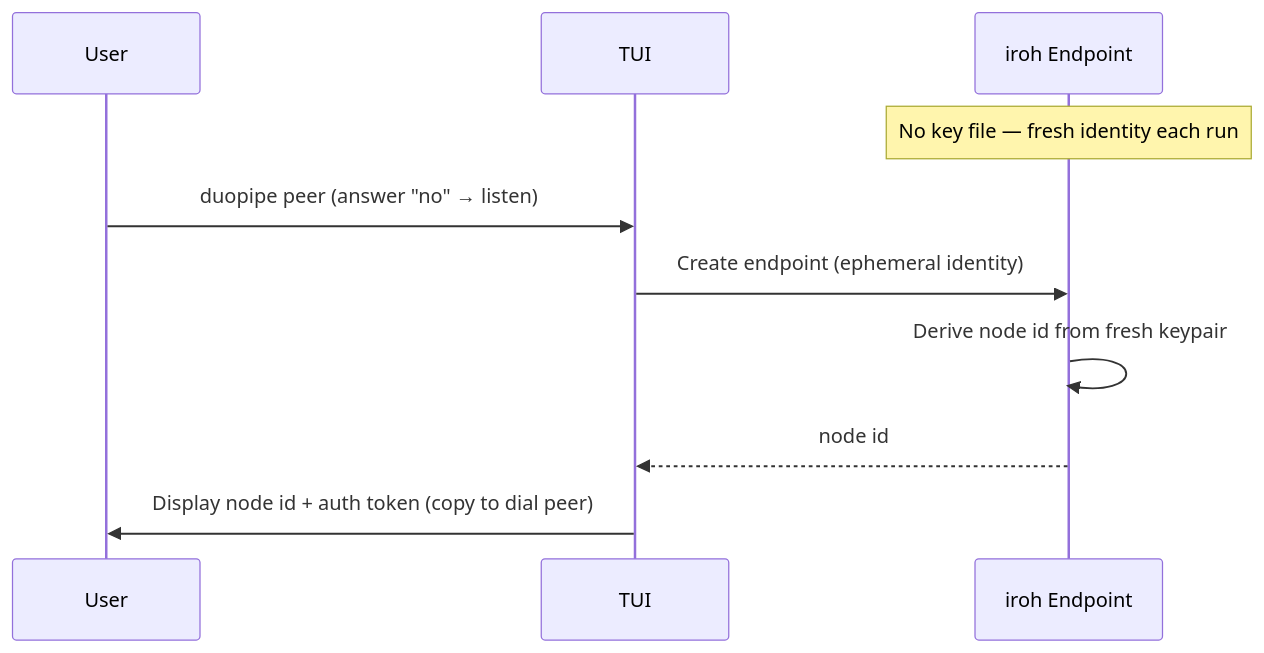
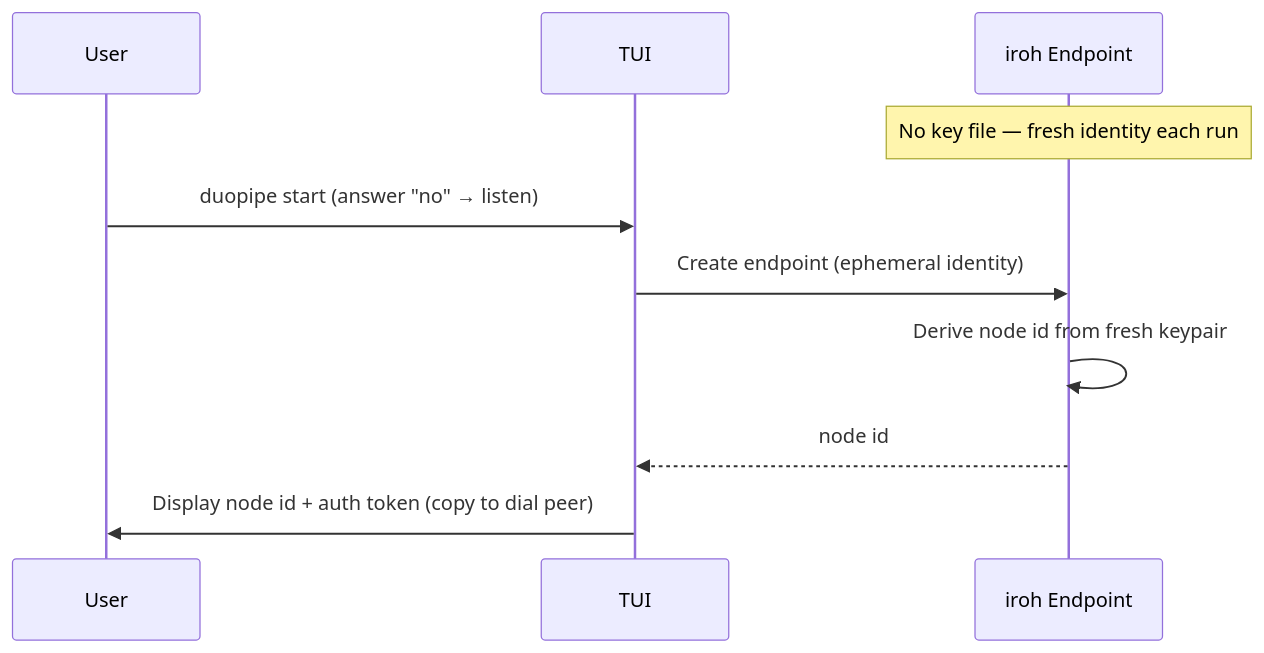
One commit to andrewtheguy/duopipe changed diagram 19 of 24 in docs/ARCHITECTURE.md. Above: the diagram before and after it, drawn with Mermaid. The commit also changed other lines of this file and 3 other files, not shown here.

Commit message:
feat: update command from 'peer' to 'start' for consistency across documentation and codebase

````diff
--- a/docs/ARCHITECTURE.md
+++ b/docs/ARCHITECTURE.md
@@ -703,13 +703,13 @@
 ```mermaid
 sequenceDiagram
     participant User as User
     participant TUI as TUI
     participant EP as iroh Endpoint
 
     Note over EP: No key file — fresh identity each run
-    User->>TUI: duopipe peer  (answer "no" → listen)
+    User->>TUI: duopipe start  (answer "no" → listen)
     TUI->>EP: Create endpoint (ephemeral identity)
     EP->>EP: Derive node id from fresh keypair
     EP-->>TUI: node id
     TUI->>User: Display node id + auth token (copy to dial peer)
 ```
````
